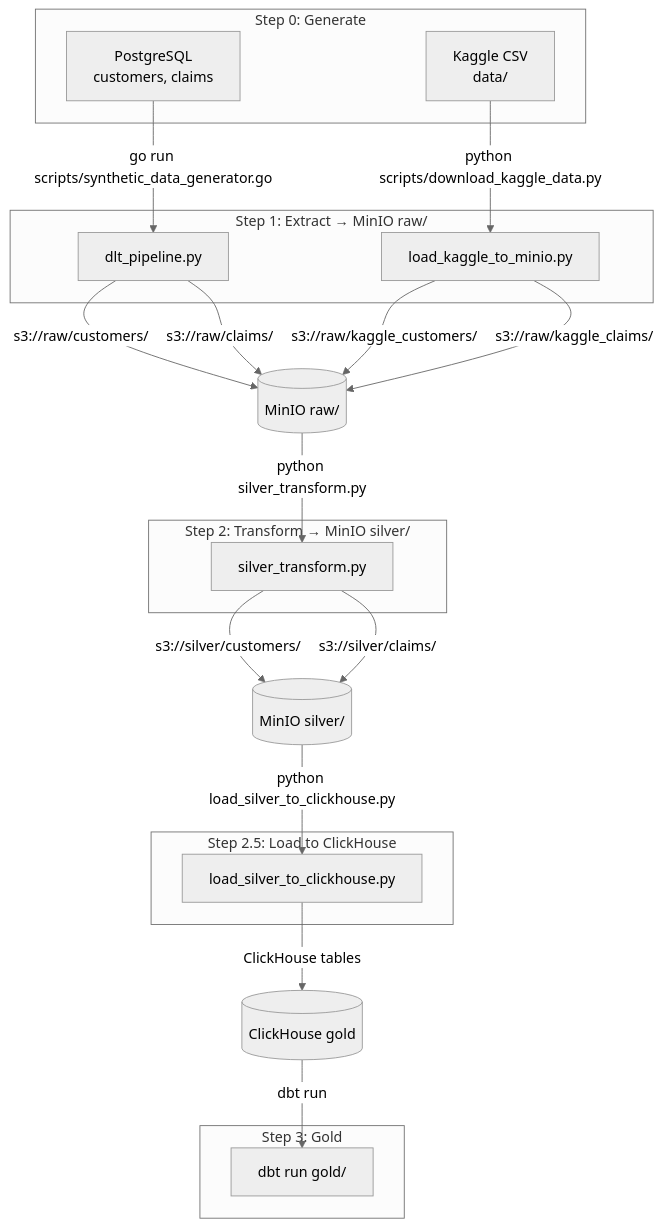
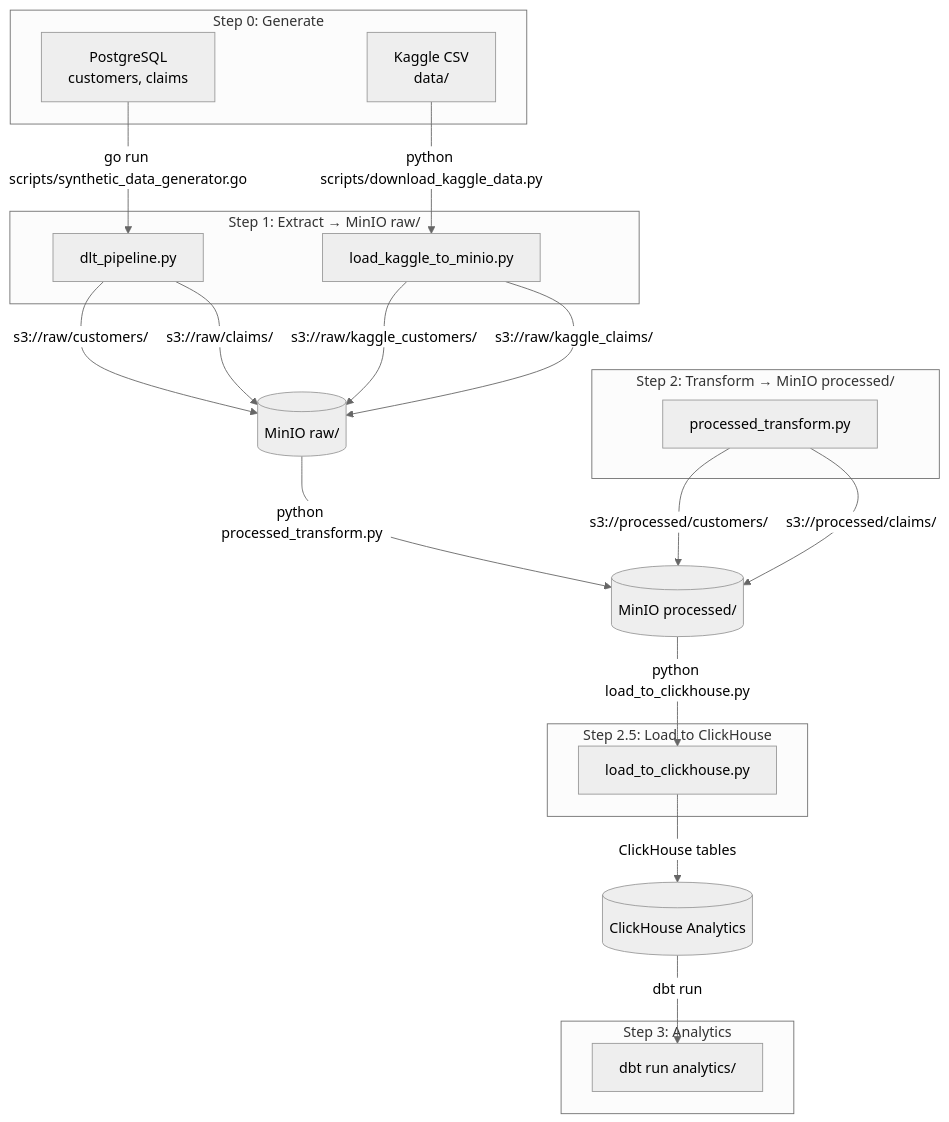
The second of 4 diagrams in README.md (matiasmagni/insurance-company-data-pipeline-example), drawn with Mermaid (neutral theme) before and after one commit. The commit also changed other lines of this file and 8 other files, not shown here.

First line of the commit message:
refactor: rename gold→analytics for lakehouse terminology

````diff
--- a/README.md
+++ b/README.md
@@ -366,37 +368,37 @@
 ```mermaid
 flowchart TB
     subgraph "Step 0: Generate"
         PG["PostgreSQL<br/>customers, claims"]
         KG["Kaggle CSV<br/>data/"]
     end
     
     subgraph "Step 1: Extract → MinIO raw/"
         DLT[dlt_pipeline.py]
         K2M[load_kaggle_to_minio.py]
     end
     
-    subgraph "Step 2: Transform → MinIO silver/"
-        SIL[silver_transform.py]
+    subgraph "Step 2: Transform → MinIO processed/"
+        PROC[processed_transform.py]
     end
     
     subgraph "Step 2.5: Load to ClickHouse"
-        LOAD[load_silver_to_clickhouse.py]
+        LOAD[load_to_clickhouse.py]
     end
     
-    subgraph "Step 3: Gold"
-        DBT[dbt run gold/]
+    subgraph "Step 3: Analytics"
+        DBT[dbt run analytics/]
     end
     
     PG -->|go run scripts/synthetic_data_generator.go| DLT
     KG -->|python scripts/download_kaggle_data.py| K2M
     DLT -->|s3://raw/customers/| RAW[(MinIO raw/)]
     DLT -->|s3://raw/claims/| RAW
     K2M -->|s3://raw/kaggle_customers/| RAW
     K2M -->|s3://raw/kaggle_claims/| RAW
-    RAW -->|python silver_transform.py| SIL
-    SIL -->|s3://silver/customers/| SILV[(MinIO silver/)]
-    SIL -->|s3://silver/claims/| SILV
-    SILV -->|python load_silver_to_clickhouse.py| LOAD
-    LOAD -->|ClickHouse tables| CH[(ClickHouse gold)]
+    RAW -->|python processed_transform.py| PROC_STORAGE[(MinIO processed/)]
+    PROC -->|s3://processed/customers/| PROC_STORAGE
+    PROC -->|s3://processed/claims/| PROC_STORAGE
+    PROC_STORAGE -->|python load_to_clickhouse.py| LOAD
+    LOAD -->|ClickHouse tables| CH[(ClickHouse Analytics)]
     CH -->|dbt run| DBT
 ```
````
